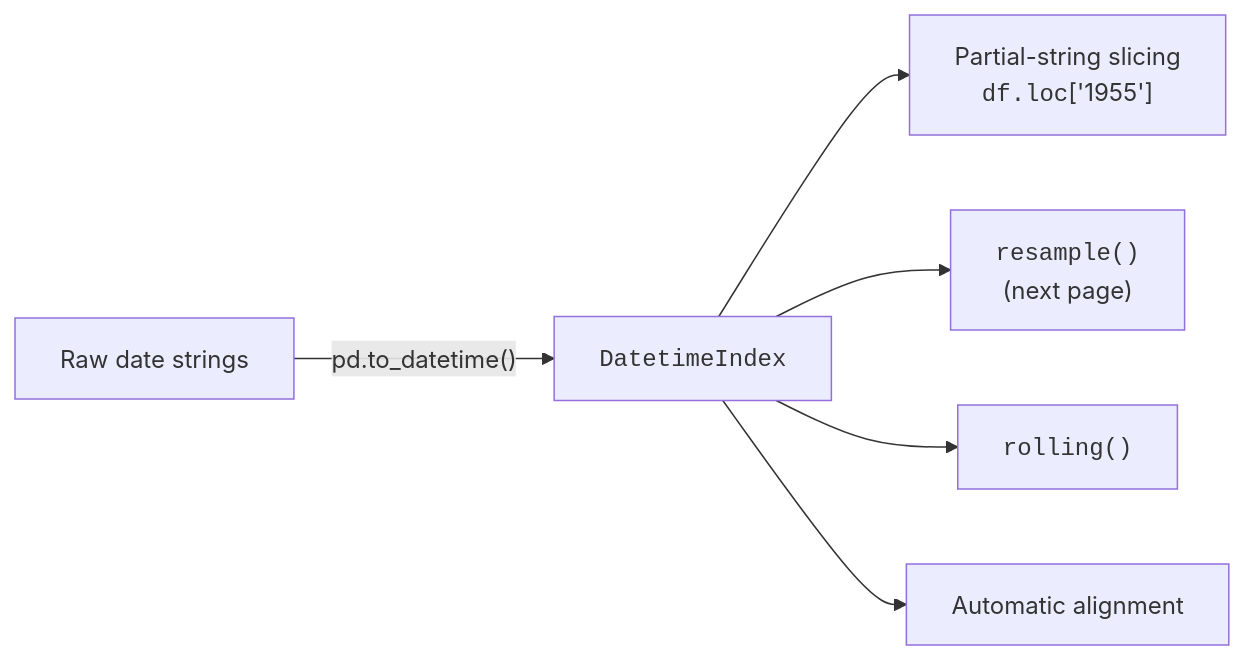
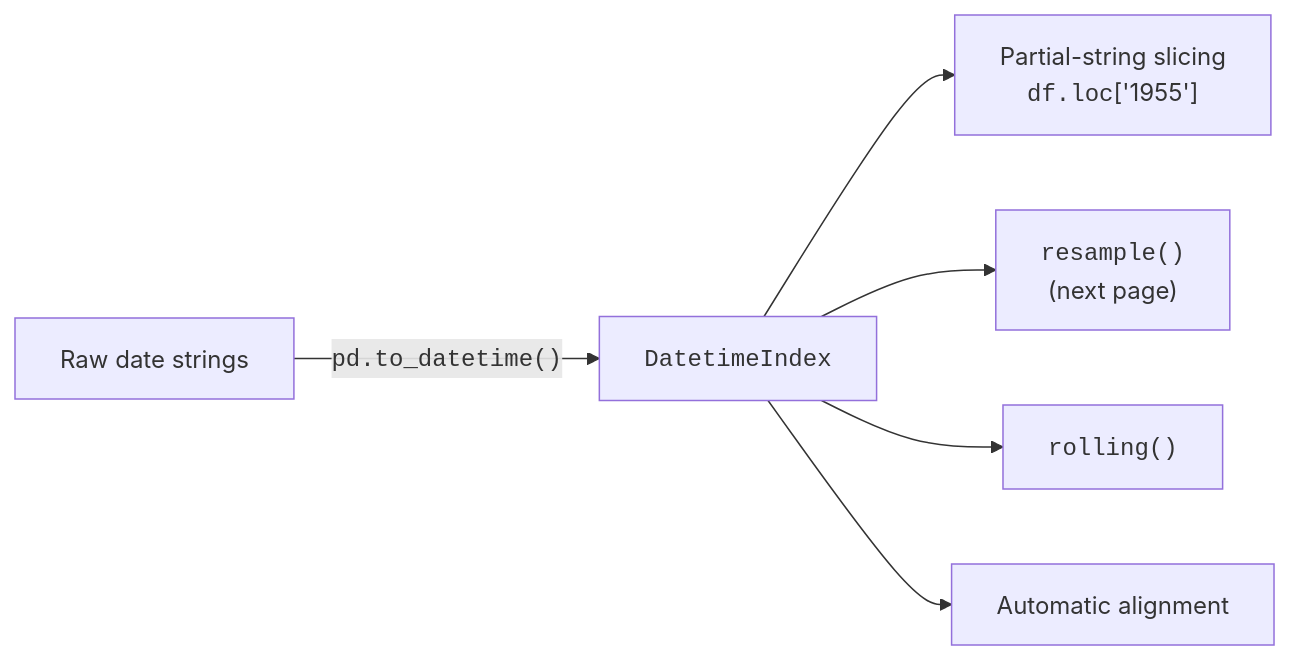
Before and after one commit to dataslope/dataslope: the third of 3 diagrams in content/learn/time-series-analysis-python/the-pandas-timeline.mdx, drawn with Mermaid. The commit also changed 46 other files, not shown here.

First line of the commit message:
Wrap code in mermaid edge labels + entity/table names in DB diagrams

````diff
--- a/content/learn/time-series-analysis-python/the-pandas-timeline.mdx
+++ b/content/learn/time-series-analysis-python/the-pandas-timeline.mdx
@@ -388,8 +388,8 @@
 ```mermaid
 flowchart LR
-    S["Raw date strings"] -->|"pd.to_datetime()"| T["<code>DatetimeIndex</code>"]
+    S["Raw date strings"] -->|"<code>pd.to_datetime()</code>"| T["<code>DatetimeIndex</code>"]
     T --> SL["Partial-string slicing<br/><code>df.loc</code>['1955']"]
     T --> RS["<code>resample()</code><br/>(next page)"]
     T --> RW["<code>rolling()</code>"]
     T --> AL["Automatic alignment"]
 ```
````
